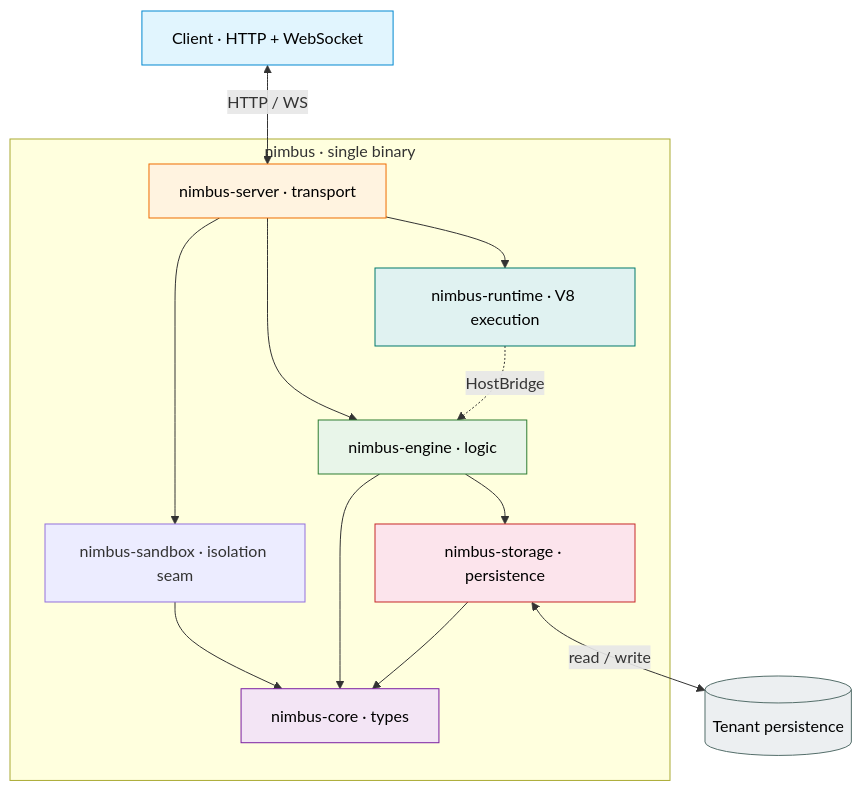
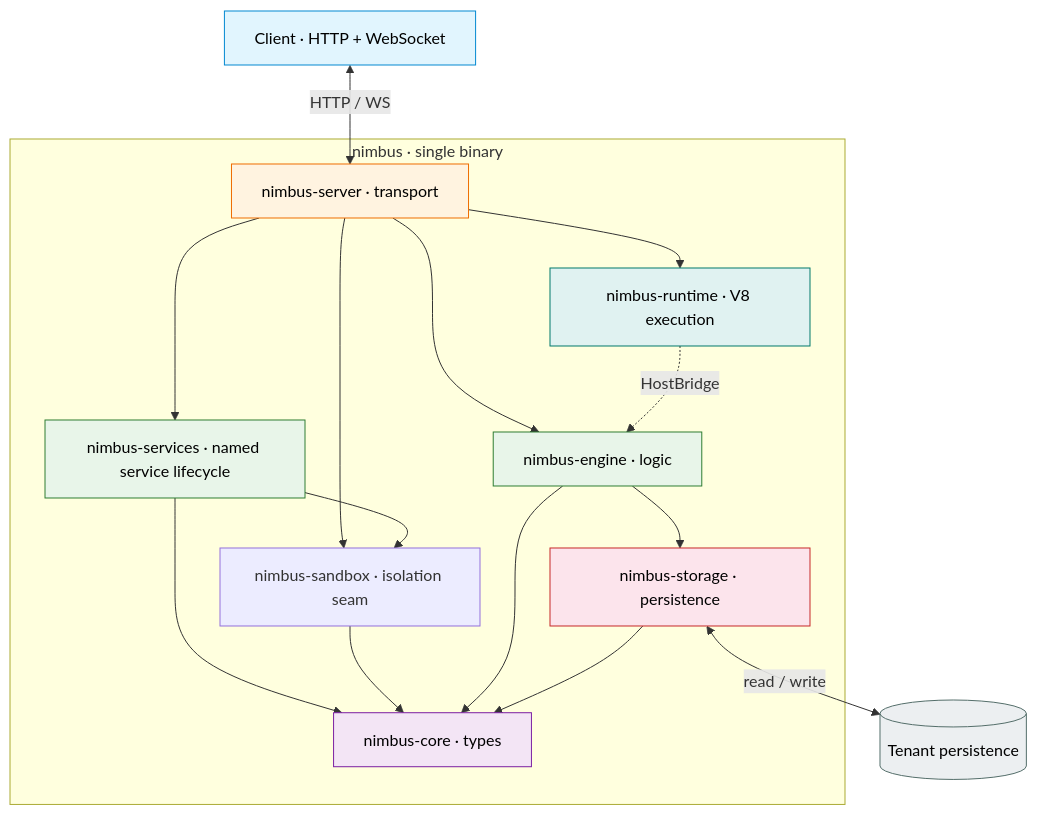
One commit to nimbus/nimbus changed the second of 6 diagrams in ARCHITECTURE.md. Above: the diagram before and after it, drawn with Mermaid. The commit also changed other lines of this file and 622 other files, not shown here.

````diff
--- a/ARCHITECTURE.md
+++ b/ARCHITECTURE.md
@@ -58,42 +58,47 @@
 ```mermaid
 flowchart TD
     Client["Client · HTTP + WebSocket"]
 
     subgraph binary["nimbus · single binary"]
         Server["nimbus-server · transport"]
         Engine["nimbus-engine · logic"]
         Runtime["nimbus-runtime · V8 execution"]
         Sandbox["nimbus-sandbox · isolation seam"]
+        Services["nimbus-services · named service lifecycle"]
         Storage["nimbus-storage · persistence"]
         Core["nimbus-core · types"]
 
         Server --> Engine
         Server --> Runtime
+        Server --> Services
         Server --> Sandbox
+        Services --> Sandbox
+        Services --> Core
         Runtime -.->|HostBridge| Engine
         Sandbox --> Core
         Engine --> Storage
         Engine & Storage --> Core
     end
 
     Disk[("Tenant persistence")]
 
     Client <-->|HTTP / WS| Server
     Storage <-->|read / write| Disk
 
     classDef client fill:#e1f5fe,stroke:#0288d1,color:#000
     classDef transport fill:#fff3e0,stroke:#ef6c00,color:#000
     classDef runtime fill:#e0f2f1,stroke:#00796b,color:#000
     classDef logic fill:#e8f5e9,stroke:#2e7d32,color:#000
     classDef storage fill:#fce4ec,stroke:#c62828,color:#000
     classDef types fill:#f3e5f5,stroke:#7b1fa2,color:#000
     classDef disk fill:#eceff1,stroke:#546e6a,color:#000
 
     class Client client
     class Server transport
     class Runtime runtime
     class Engine logic
+    class Services logic
     class Storage storage
     class Core types
     class Disk disk
 ```
````
